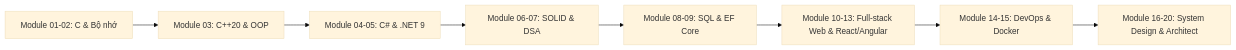
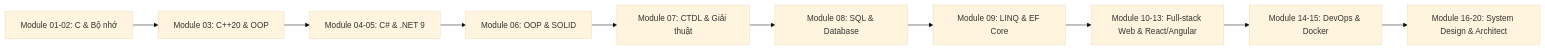
The diagram in fullstack-roadmap/index.md (Xuanthanh-dzz/full-stack), drawn with Mermaid (base theme) before and after one commit. The commit also changed other lines of this file, not shown here.

````diff
--- a/fullstack-roadmap/index.md
+++ b/fullstack-roadmap/index.md
@@ -119,10 +132,12 @@
 ```mermaid
 graph LR
     A[Module 01-02: C & Bộ nhớ] --> B[Module 03: C++20 & OOP]
     B --> C[Module 04-05: C# & .NET 9]
-    C --> D[Module 06-07: SOLID & DSA]
-    D --> E[Module 08-09: SQL & EF Core]
-    E --> F[Module 10-13: Full-stack Web & React/Angular]
-    F --> G[Module 14-15: DevOps & Docker]
-    G --> H[Module 16-20: System Design & Architect]
+    C --> D[Module 06: OOP & SOLID]
+    D --> E[Module 07: CTDL & Giải thuật]
+    E --> F[Module 08: SQL & Database]
+    F --> G[Module 09: LINQ & EF Core]
+    G --> H[Module 10-13: Full-stack Web & React/Angular]
+    H --> I[Module 14-15: DevOps & Docker]
+    I --> J[Module 16-20: System Design & Architect]
 ```
````
